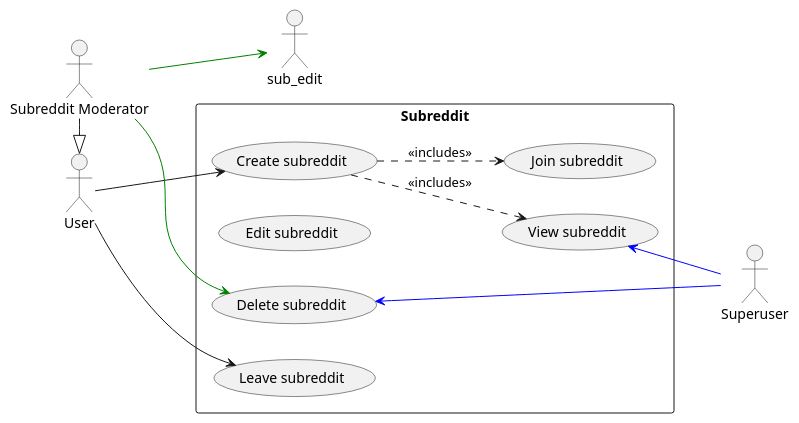
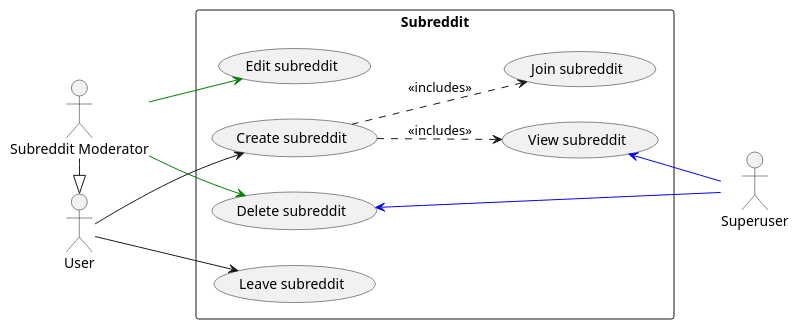
Before and after one commit to Huy-Ngo/reddit-design: the diagram in use_case_subreddit.puml, drawn with PlantUML.

```diff
--- a/use_case_subreddit.puml
+++ b/use_case_subreddit.puml
@@ -1,31 +1,31 @@
 @startuml
 skinparam packageStyle rectangle
 left to right direction
 actor "User" as user
 actor "Subreddit Moderator" as mod
 actor "Superuser" as su
 mod -|> user
 
 rectangle Subreddit as sub {
   usecase "Create subreddit" as sub_create
   usecase "View subreddit" as sub_read
   usecase "Edit subreddit" as sub_update
   usecase "Delete subreddit" as sub_delete
 
   usecase "Join subreddit" as sub_join
   usecase "Leave subreddit" as sub_leave
 }
 
 user --> sub_create
 user --> sub_leave
 
 mod -[#green]-> sub_delete
-mod -[#green]-> sub_edit
+mod -[#green]-> sub_update
 
 sub_read    <-[#blue]- su
 sub_delete  <-[#blue]- su
 
 sub_create ..> sub_read : <<includes>>
 sub_create ..> sub_join : <<includes>>
 
 @enduml
```
